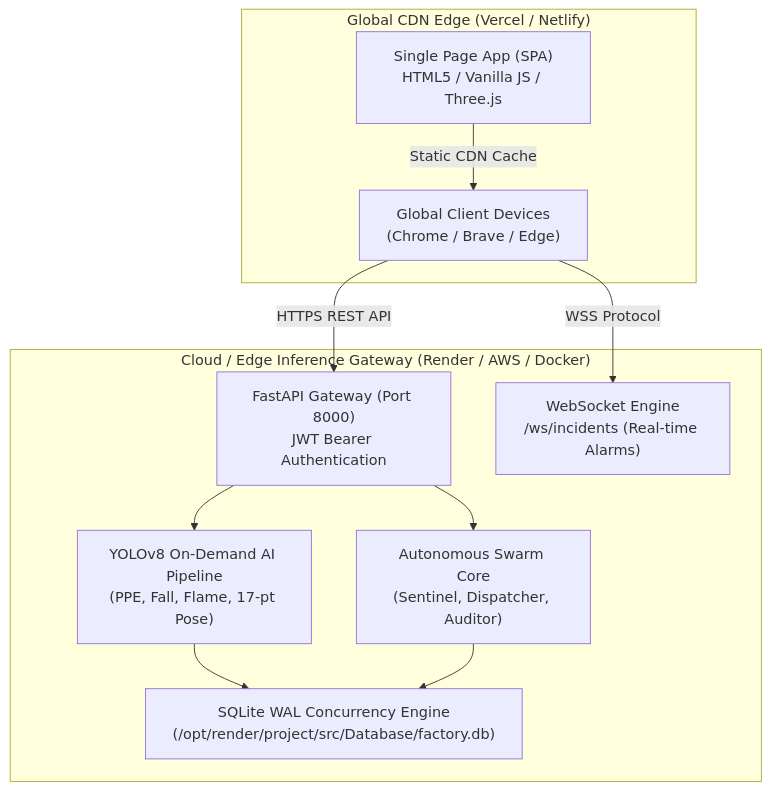
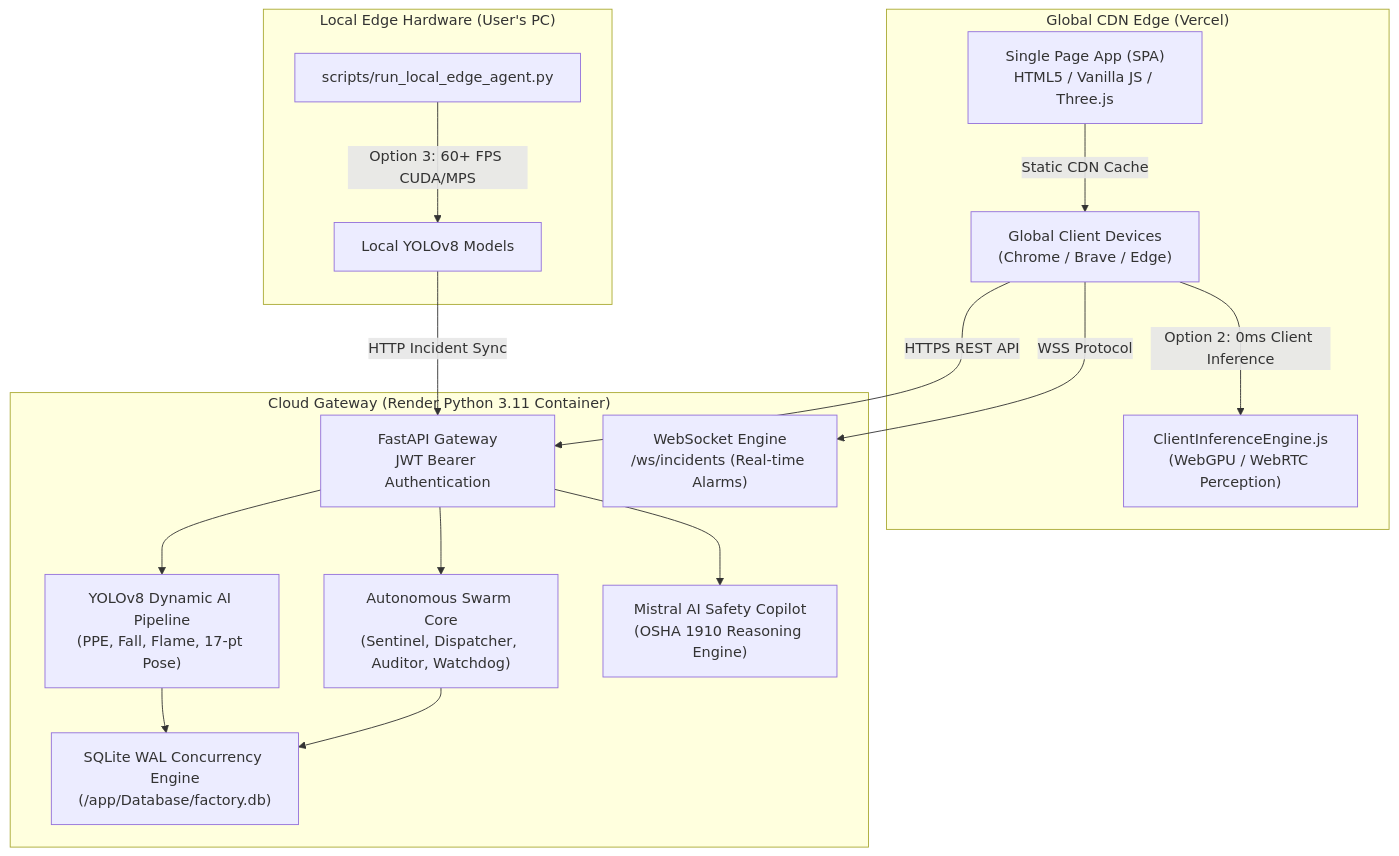
One commit to GuruMachanica/KavachG changed the diagram in DEPLOYMENT.md. Above: the diagram before and after it, drawn with Mermaid. The commit also changed other lines of this file and 1 other file, not shown here.

Commit message:
docs: update README.md and DEPLOYMENT.md with live production Vercel/Render links, 3-tier edge inference topology, Mistral AI Copilot, and Team IronLogic roles

````diff
--- a/DEPLOYMENT.md
+++ b/DEPLOYMENT.md
@@ -9,17 +19,24 @@
 ```mermaid
 graph TD
-    subgraph "Global CDN Edge (Vercel / Netlify)"
+    subgraph "Global CDN Edge (Vercel)"
         A["Single Page App (SPA)<br>HTML5 / Vanilla JS / Three.js"] -->|Static CDN Cache| B["Global Client Devices<br>(Chrome / Brave / Edge)"]
+        B -->|Option 2: 0ms Client Inference| B1["ClientInferenceEngine.js<br>(WebGPU / WebRTC Perception)"]
     end
 
-    subgraph "Cloud / Edge Inference Gateway (Render / AWS / Docker)"
-        B -->|HTTPS REST API| C["FastAPI Gateway (Port 8000)<br>JWT Bearer Authentication"]
+    subgraph "Cloud Gateway (Render Python 3.11 Container)"
+        B -->|HTTPS REST API| C["FastAPI Gateway<br>JWT Bearer Authentication"]
         B -->|WSS Protocol| D["WebSocket Engine<br>/ws/incidents (Real-time Alarms)"]
         
-        C --> E["YOLOv8 On-Demand AI Pipeline<br>(PPE, Fall, Flame, 17-pt Pose)"]
-        C --> F["Autonomous Swarm Core<br>(Sentinel, Dispatcher, Auditor)"]
+        C --> E["YOLOv8 Dynamic AI Pipeline<br>(PPE, Fall, Flame, 17-pt Pose)"]
+        C --> F["Autonomous Swarm Core<br>(Sentinel, Dispatcher, Auditor, Watchdog)"]
+        C --> M["Mistral AI Safety Copilot<br>(OSHA 1910 Reasoning Engine)"]
         
-        E --> G["SQLite WAL Concurrency Engine<br>(/opt/render/project/src/Database/factory.db)"]
+        E --> G["SQLite WAL Concurrency Engine<br>(/app/Database/factory.db)"]
         F --> G
     end
+
+    subgraph "Local Edge Hardware (User's PC)"
+        N["scripts/run_local_edge_agent.py"] -->|Option 3: 60+ FPS CUDA/MPS| E2["Local YOLOv8 Models"]
+        E2 -->|HTTP Incident Sync| C
+    end
 ```
````
